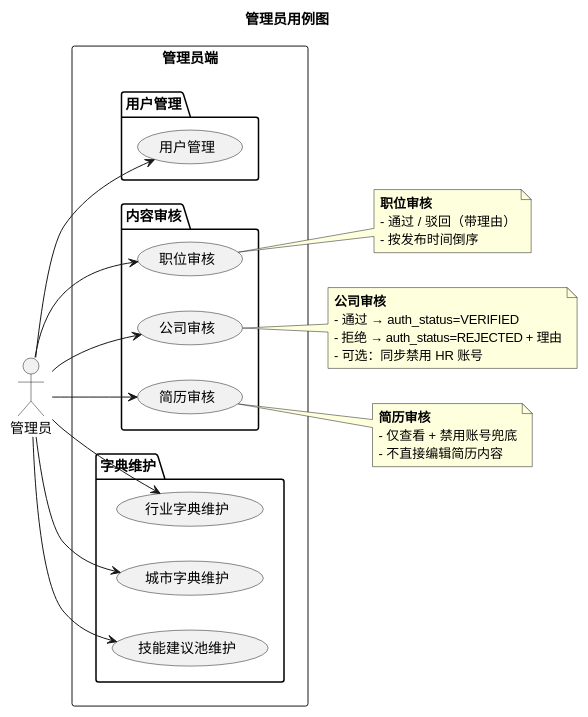
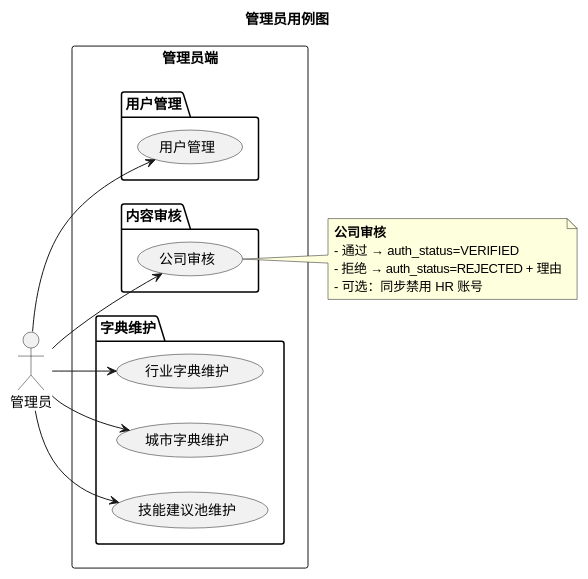
One commit to wendy-zw-yang/recruitment_system changed the fourth of 7 diagrams in docs/系统设计/用例图.md. Above: the diagram before and after it, drawn with PlantUML. The commit also changed other lines of this file and 47 other files, not shown here.

````diff
--- a/docs/系统设计/用例图.md
+++ b/docs/系统设计/用例图.md
@@ -414,55 +413,39 @@
 ```plantuml
 @startuml
 left to right direction
 title 管理员用例图
 
 actor "管理员" as A
 
 rectangle "管理员端" {
 
     package "用户管理" {
         usecase "用户管理" as UC34
     }
 
     package "内容审核" {
-        usecase "职位审核" as UC35
         usecase "公司审核" as UC36
-        usecase "简历审核" as UC37
     }
 
     package "字典维护" {
         usecase "行业字典维护" as UC38
         usecase "城市字典维护" as UC39
         usecase "技能建议池维护" as UC40
     }
 }
 
 A --> UC34
-A --> UC35
 A --> UC36
-A --> UC37
 A --> UC38
 A --> UC39
 A --> UC40
-
-note right of UC35
-  **职位审核**
-  - 通过 / 驳回（带理由）
-  - 按发布时间倒序
-end note
 
 note right of UC36
   **公司审核**
   - 通过 → auth_status=VERIFIED
   - 拒绝 → auth_status=REJECTED + 理由
   - 可选：同步禁用 HR 账号
 end note
 
-note right of UC37
-  **简历审核**
-  - 仅查看 + 禁用账号兜底
-  - 不直接编辑简历内容
-end note
-
 @enduml
 ```
````
